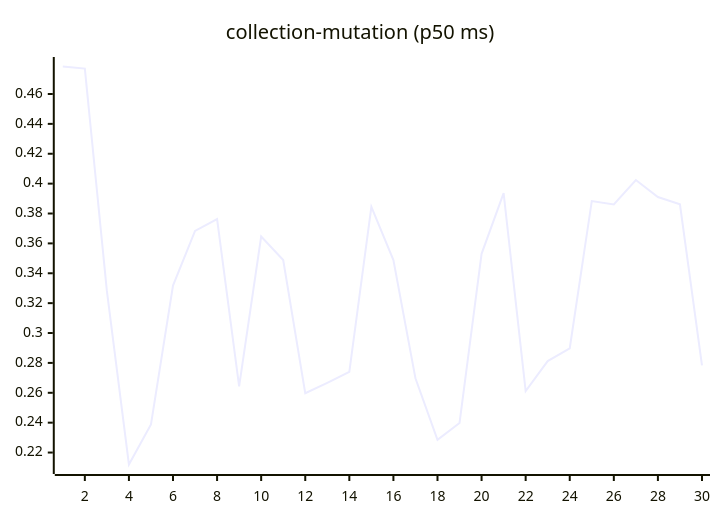
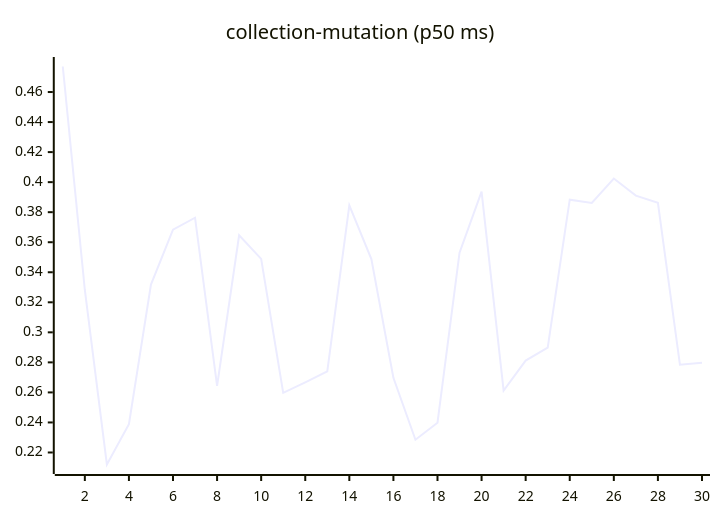
The sixth of 27 diagrams in README.md (josha/Facet), drawn with Mermaid before and after one commit. The commit also changed other lines of this file and 2 other files, not shown here.

````diff
--- a/README.md
+++ b/README.md
@@ -98,6 +98,6 @@
 ```mermaid
 xychart-beta
     title "collection-mutation (p50 ms)"
     x-axis 1 --> 30
-    line [0.4784, 0.4770, 0.3282, 0.2120, 0.2388, 0.3318, 0.3684, 0.3763, 0.2643, 0.3646, 0.3489, 0.2597, 0.2667, 0.2740, 0.3845, 0.3488, 0.2697, 0.2285, 0.2398, 0.3530, 0.3937, 0.2612, 0.2812, 0.2898, 0.3883, 0.3861, 0.4024, 0.3910, 0.3862, 0.2784]
+    line [0.4770, 0.3282, 0.2120, 0.2388, 0.3318, 0.3684, 0.3763, 0.2643, 0.3646, 0.3489, 0.2597, 0.2667, 0.2740, 0.3845, 0.3488, 0.2697, 0.2285, 0.2398, 0.3530, 0.3937, 0.2612, 0.2812, 0.2898, 0.3883, 0.3861, 0.4024, 0.3910, 0.3862, 0.2784, 0.2797]
 ```
````
